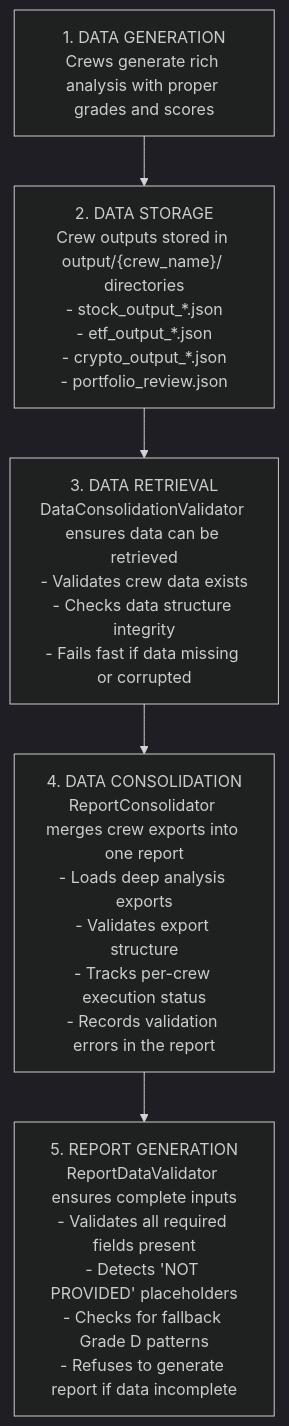
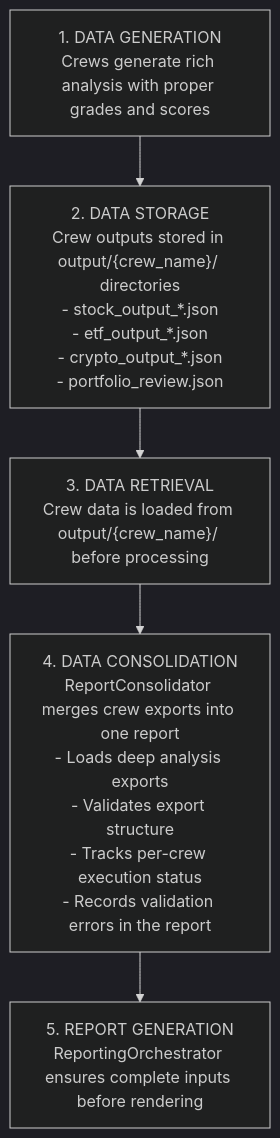
The diagram in docs/explanations/DATA_QUALITY_AND_FLOW_GUIDE.md (fjacquet/finwiz), drawn with Mermaid (dark theme) before and after one commit. The commit also changed other lines of this file and 4 other files, not shown here.

````diff
--- a/docs/explanations/DATA_QUALITY_AND_FLOW_GUIDE.md
+++ b/docs/explanations/DATA_QUALITY_AND_FLOW_GUIDE.md
@@ -94,8 +94,8 @@
 ```mermaid
 flowchart TD
     A["1. DATA GENERATION<br/>Crews generate rich analysis with proper grades and scores"]
     A --> B["2. DATA STORAGE<br/>Crew outputs stored in output/{crew_name}/ directories<br/>- stock_output_*.json<br/>- etf_output_*.json<br/>- crypto_output_*.json<br/>- portfolio_review.json"]
-    B --> C["3. DATA RETRIEVAL<br/>DataConsolidationValidator ensures data can be retrieved<br/>- Validates crew data exists<br/>- Checks data structure integrity<br/>- Fails fast if data missing or corrupted"]
+    B --> C["3. DATA RETRIEVAL<br/>Crew data is loaded from output/{crew_name}/ before processing"]
     C --> D["4. DATA CONSOLIDATION<br/>ReportConsolidator merges crew exports into one report<br/>- Loads deep analysis exports<br/>- Validates export structure<br/>- Tracks per-crew execution status<br/>- Records validation errors in the report"]
-    D --> E["5. REPORT GENERATION<br/>ReportDataValidator ensures complete inputs<br/>- Validates all required fields present<br/>- Detects 'NOT PROVIDED' placeholders<br/>- Checks for fallback Grade D patterns<br/>- Refuses to generate report if data incomplete"]
+    D --> E["5. REPORT GENERATION<br/>ReportingOrchestrator ensures complete inputs before rendering"]
 ```
````
